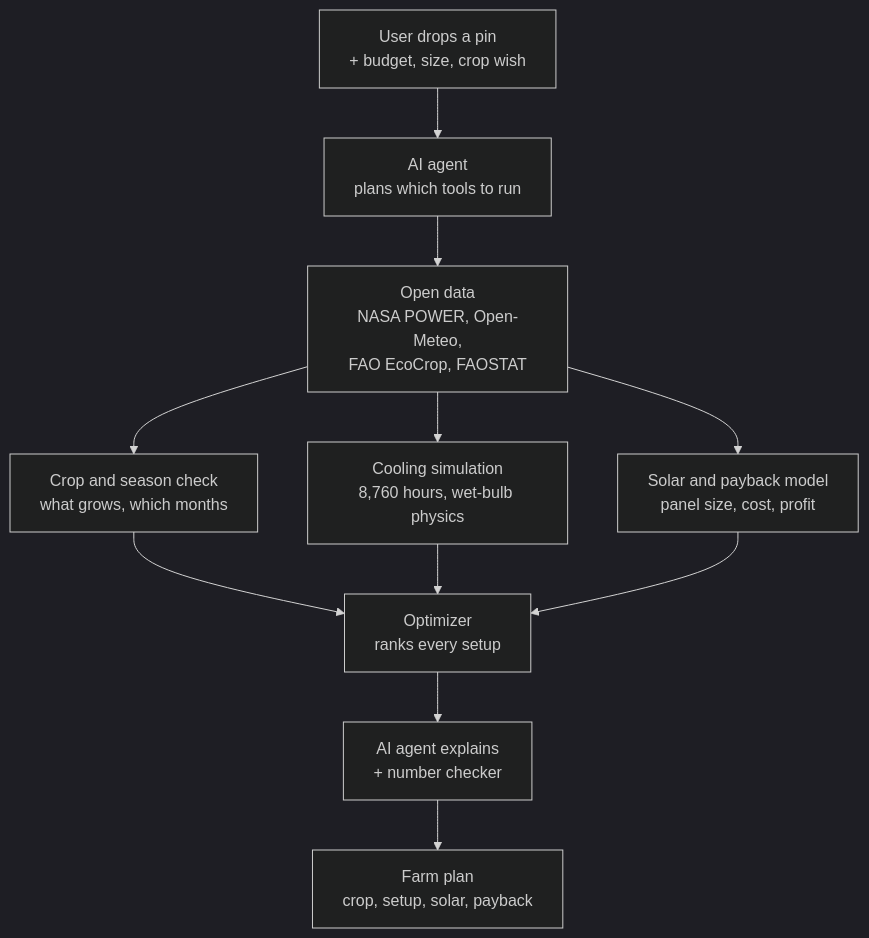
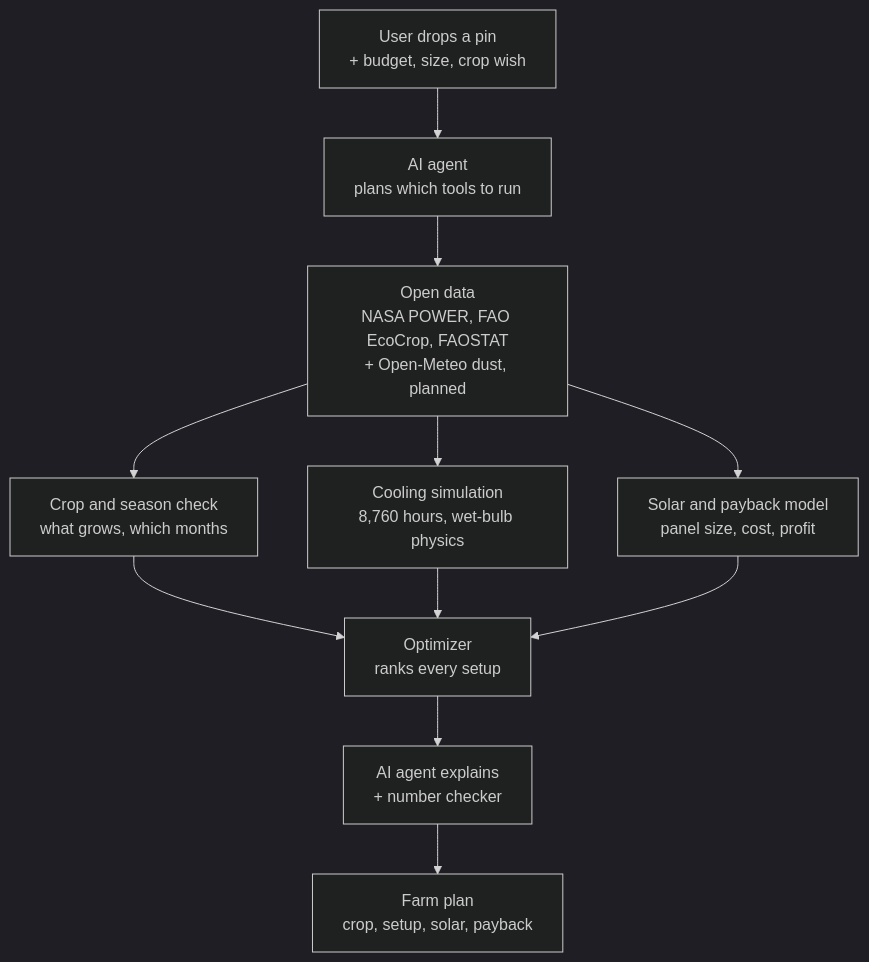
Before and after one commit to AbdurRahmanJawad/croptions: the diagram in docs/01-problem-and-solution.md, drawn with Mermaid (dark theme). The commit also changed other lines of this file and 4 other files, not shown here.

````diff
--- a/docs/01-problem-and-solution.md
+++ b/docs/01-problem-and-solution.md
@@ -119,13 +154,13 @@
 ```mermaid
 flowchart TD
     A[User drops a pin<br/>+ budget, size, crop wish] --> B[AI agent<br/>plans which tools to run]
-    B --> C[Open data<br/>NASA POWER, Open-Meteo,<br/>FAO EcoCrop, FAOSTAT]
+    B --> C[Open data<br/>NASA POWER, FAO EcoCrop, FAOSTAT<br/>+ Open-Meteo dust, planned]
     C --> D[Crop and season check<br/>what grows, which months]
     C --> E[Cooling simulation<br/>8,760 hours, wet-bulb physics]
     C --> F[Solar and payback model<br/>panel size, cost, profit]
     D --> G[Optimizer<br/>ranks every setup]
     E --> G
     F --> G
     G --> H[AI agent explains<br/>+ number checker]
     H --> I[Farm plan<br/>crop, setup, solar, payback]
 ```
````
